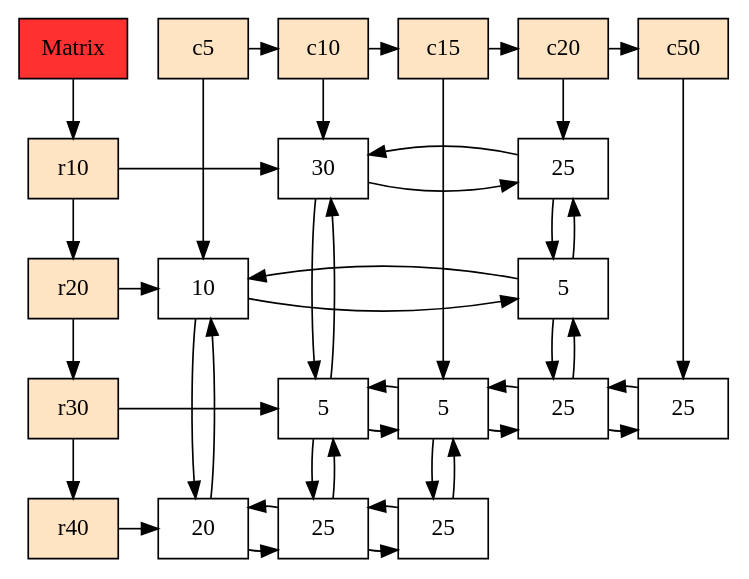
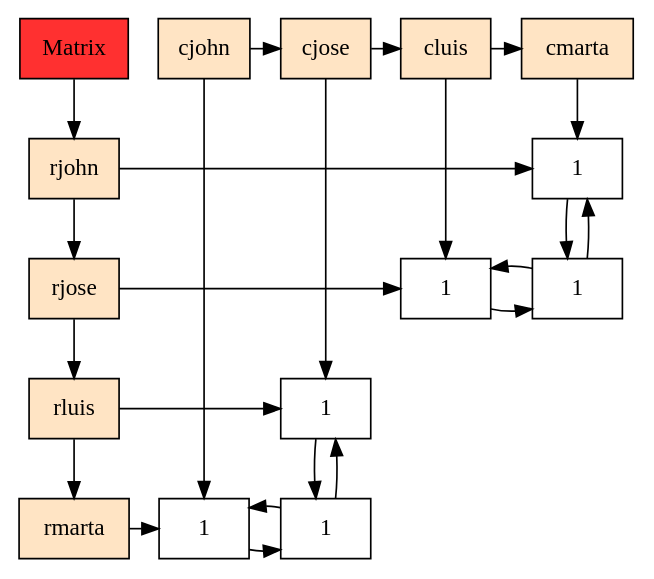
One commit to AbdielOtzoy/-EDD-Proyecto_202300350 changed the diagram in fase1/graph.dot. Above: the diagram before and after it, drawn with Graphviz. The commit also changed 10 other files, not shown here.

```diff
--- a/fase1/graph.dot
+++ b/fase1/graph.dot
@@ -1,72 +1,46 @@
 digraph G{
   node[shape=box];
   MTX[ label = "Matrix", style = filled, fillcolor = firebrick1, group = 0 ];
-  "c5" [label = "c5"  style = filled, fillcolor = bisque1, group = 5 ];
-  "c10" [label = "c10"  style = filled, fillcolor = bisque1, group = 10 ];
-  "c15" [label = "c15"  style = filled, fillcolor = bisque1, group = 15 ];
-  "c20" [label = "c20"  style = filled, fillcolor = bisque1, group = 20 ];
-  "c50" [label = "c50"  style = filled, fillcolor = bisque1, group = 50 ];
-  "r10" [label = "r10"  style = filled, fillcolor = bisque1, group = 0 ];
-  "r20" [label = "r20"  style = filled, fillcolor = bisque1, group = 0 ];
-  "r30" [label = "r30"  style = filled, fillcolor = bisque1, group = 0 ];
-  "r40" [label = "r40"  style = filled, fillcolor = bisque1, group = 0 ];
-  { rank = same; "MTX";"c5";"c10";"c15";"c20";"c50";};
-  { rank = same; "r10";"2026678658560";"2026678677072";};
-  { rank = same; "r20";"2026678658304";"2026678677136";};
-  { rank = same; "r30";"2026678658688";"2026678674880";"2026678677200";"2026678677264";};
-  { rank = same; "r40";"2026678658432";"2026678658816";"2026678677008";};
-  "2026678658560" [label = "30" group = 10];
-  "2026678677072" [label = "25" group = 20];
-  "2026678658304" [label = "10" group = 5];
-  "2026678677136" [label = "5" group = 20];
-  "2026678658688" [label = "5" group = 10];
-  "2026678674880" [label = "5" group = 15];
-  "2026678677200" [label = "25" group = 20];
-  "2026678677264" [label = "25" group = 50];
-  "2026678658432" [label = "20" group = 5];
-  "2026678658816" [label = "25" group = 10];
-  "2026678677008" [label = "25" group = 15];
-  "c5" -> "c10";
-  "c10" -> "c15";
-  "c15" -> "c20";
-  "c20" -> "c50";
-  "MTX" -> "r10";
-  "r10" -> "r20";
-  "r10" -> "2026678658560";
-  "2026678658560" -> "2026678677072";
-  "2026678658560" -> "2026678658688";
-  "c10" -> "2026678658560";
-  "2026678677072" -> "2026678658560";
-  "2026678677072" -> "2026678677136";
-  "c20" -> "2026678677072";
-  "r20" -> "r30";
-  "r20" -> "2026678658304";
-  "2026678658304" -> "2026678677136";
-  "2026678658304" -> "2026678658432";
-  "c5" -> "2026678658304";
-  "2026678677136" -> "2026678658304";
-  "2026678677136" -> "2026678677200";
-  "2026678677136" -> "2026678677072";
-  "r30" -> "r40";
-  "r30" -> "2026678658688";
-  "2026678658688" -> "2026678674880";
-  "2026678658688" -> "2026678658816";
-  "2026678658688" -> "2026678658560";
-  "2026678674880" -> "2026678677200";
-  "2026678674880" -> "2026678658688";
-  "2026678674880" -> "2026678677008";
-  "c15" -> "2026678674880";
-  "2026678677200" -> "2026678677264";
-  "2026678677200" -> "2026678674880";
-  "2026678677200" -> "2026678677136";
-  "2026678677264" -> "2026678677200";
-  "c50" -> "2026678677264";
-  "r40" -> "2026678658432";
-  "2026678658432" -> "2026678658816";
-  "2026678658432" -> "2026678658304";
-  "2026678658816" -> "2026678677008";
-  "2026678658816" -> "2026678658432";
-  "2026678658816" -> "2026678658688";
-  "2026678677008" -> "2026678658816";
-  "2026678677008" -> "2026678674880";
+  "cjohn" [label = "cjohn"  style = filled, fillcolor = bisque1, group = john ];
+  "cjose" [label = "cjose"  style = filled, fillcolor = bisque1, group = jose ];
+  "cluis" [label = "cluis"  style = filled, fillcolor = bisque1, group = luis ];
+  "cmarta" [label = "cmarta"  style = filled, fillcolor = bisque1, group = marta ];
+  "rjohn" [label = "rjohn"  style = filled, fillcolor = bisque1, group = 0 ];
+  "rjose" [label = "rjose"  style = filled, fillcolor = bisque1, group = 0 ];
+  "rluis" [label = "rluis"  style = filled, fillcolor = bisque1, group = 0 ];
+  "rmarta" [label = "rmarta"  style = filled, fillcolor = bisque1, group = 0 ];
+  { rank = same; "MTX";"cjohn";"cjose";"cluis";"cmarta";};
+  { rank = same; "rjohn";"2433529423408";};
+  { rank = same; "rjose";"2433529440080";"2433529439728";};
+  { rank = same; "rluis";"2433529439968";};
+  { rank = same; "rmarta";"2433529423296";"2433529439616";};
+  "2433529423408" [label = "1" group = marta];
+  "2433529440080" [label = "1" group = luis];
+  "2433529439728" [label = "1" group = marta];
+  "2433529439968" [label = "1" group = jose];
+  "2433529423296" [label = "1" group = john];
+  "2433529439616" [label = "1" group = jose];
+  "cjohn" -> "cjose";
+  "cjose" -> "cluis";
+  "cluis" -> "cmarta";
+  "MTX" -> "rjohn";
+  "rjohn" -> "rjose";
+  "rjohn" -> "2433529423408";
+  "2433529423408" -> "2433529439728";
+  "cmarta" -> "2433529423408";
+  "rjose" -> "rluis";
+  "rjose" -> "2433529440080";
+  "2433529440080" -> "2433529439728";
+  "cluis" -> "2433529440080";
+  "2433529439728" -> "2433529440080";
+  "2433529439728" -> "2433529423408";
+  "rluis" -> "rmarta";
+  "rluis" -> "2433529439968";
+  "2433529439968" -> "2433529439616";
+  "cjose" -> "2433529439968";
+  "rmarta" -> "2433529423296";
+  "2433529423296" -> "2433529439616";
+  "cjohn" -> "2433529423296";
+  "2433529439616" -> "2433529423296";
+  "2433529439616" -> "2433529439968";
 }
```
